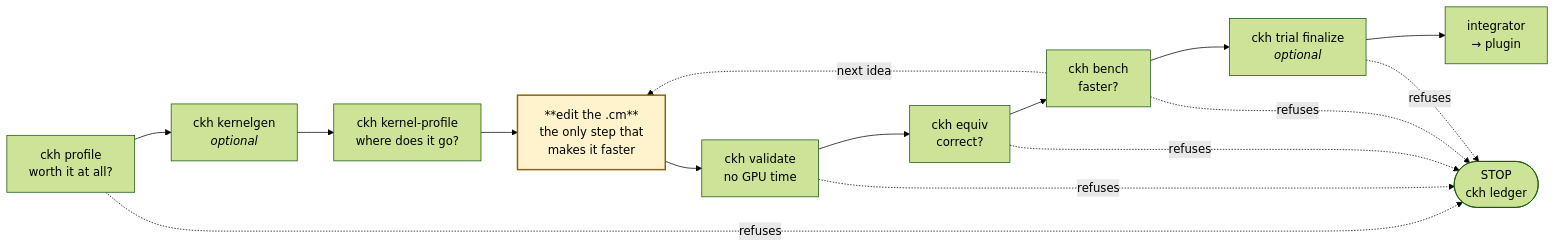
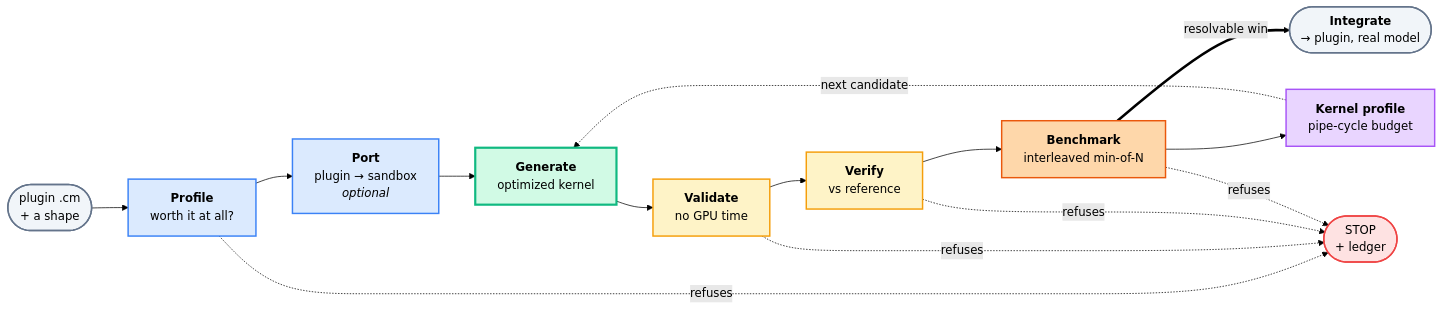
One commit to songbell/kernel-harness changed the diagram in README.md. Above: the diagram before and after it, drawn with Mermaid (forest theme). The commit also changed other lines of this file, not shown here.

Commit message:
update flowchart

````diff
--- a/README.md
+++ b/README.md
@@ -51,14 +51,28 @@
 ```mermaid
 flowchart LR
-    P["ckh profile<br/>worth it at all?"] --> G["ckh kernelgen<br/><i>optional</i>"]
-    G --> KP["ckh kernel-profile<br/>where does it go?"]
-    KP --> ED["**edit the .cm**<br/>the only step that<br/>makes it faster"]
-    ED --> V["ckh validate<br/>no GPU time"]
-    V --> E["ckh equiv<br/>correct?"]
-    E --> B["ckh bench<br/>faster?"]
-    B -. next idea .-> ED
-    B --> T["ckh trial finalize<br/><i>optional</i>"]
-    T --> I["integrator<br/>→ plugin"]
-    P & V & E & B & T -. refuses .-> L(["STOP<br/>ckh ledger"])
-    style ED fill:#fff3cd,stroke:#856404,stroke-width:2px
+    SRC(["plugin .cm<br/>+ a shape"]) --> P
+    P["<b>Profile</b><br/>worth it at all?"] --> G["<b>Port</b><br/>plugin → sandbox<br/><i>optional</i>"]
+    G --> GEN["<b>Generate</b><br/>optimized kernel"]
+    GEN --> V["<b>Validate</b><br/>no GPU time"]
+    V --> E["<b>Verify</b><br/>vs reference"]
+    E --> B["<b>Benchmark</b><br/>interleaved min-of-N"]
+    B --> KP["<b>Kernel profile</b><br/>pipe-cycle budget"]
+    KP -.->|next candidate| GEN
+    B ==>|resolvable win| I(["<b>Integrate</b><br/>→ plugin, real model"])
+    P & V & E & B -.->|refuses| L(["STOP<br/>+ ledger"])
+
+    classDef analyze fill:#dbeafe,stroke:#3b82f6,stroke-width:2px
+    classDef gen     fill:#d1fae5,stroke:#10b981,stroke-width:3px
+    classDef valid   fill:#fef3c7,stroke:#f59e0b,stroke-width:2px
+    classDef bench   fill:#fed7aa,stroke:#ea580c,stroke-width:2px
+    classDef prof    fill:#e9d5ff,stroke:#a855f7,stroke-width:2px
+    classDef stop    fill:#fee2e2,stroke:#ef4444,stroke-width:2px
+    classDef io      fill:#f1f5f9,stroke:#64748b,stroke-width:2px
+    class P,G analyze
+    class GEN gen
+    class V,E valid
+    class B bench
+    class KP prof
+    class L stop
+    class SRC,I io
 ```
````
